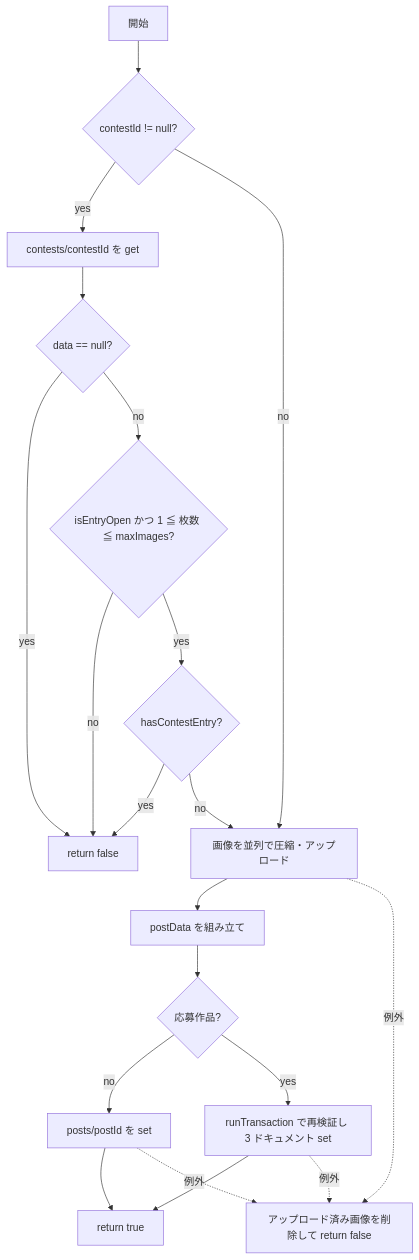
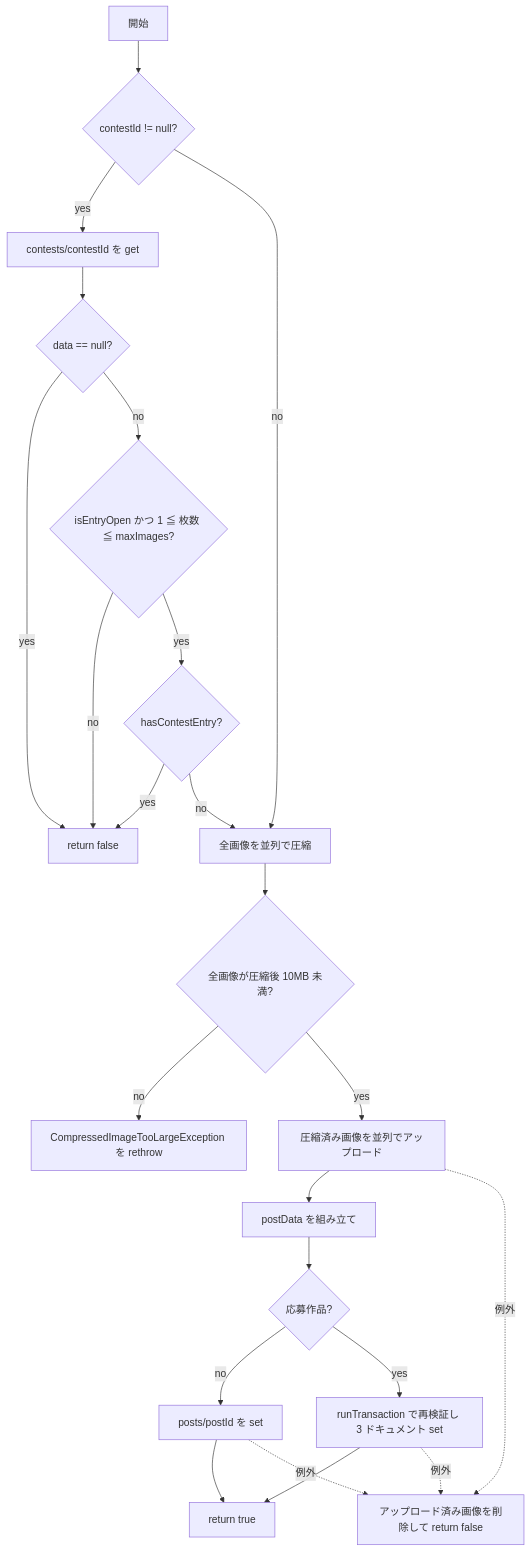
One commit to Yokochi513/afterglow_app changed the diagram in docs/design/detail/02_地図・投稿作成/post_repository.md. Above: the diagram before and after it, drawn with Mermaid. The commit also changed other lines of this file and 4 other files, not shown here.

````diff
--- a/docs/design/detail/02_地図・投稿作成/post_repository.md
+++ b/docs/design/detail/02_地図・投稿作成/post_repository.md
@@ -97,22 +97,25 @@
 ```mermaid
 flowchart TD
   A[開始] --> B{contestId != null?}
   B -- yes --> C[contests/contestId を get]
   C --> D{data == null?}
   D -- yes --> F[return false]
   D -- no --> E{isEntryOpen かつ 1 ≦ 枚数 ≦ maxImages?}
   E -- no --> F
   E -- yes --> G{hasContestEntry?}
   G -- yes --> F
-  G -- no --> H
-  B -- no --> H[画像を並列で圧縮・アップロード]
+  G -- no --> H0
+  B -- no --> H0[全画像を並列で圧縮]
+  H0 --> H1{全画像が圧縮後 10MB 未満?}
+  H1 -- no --> T[CompressedImageTooLargeException を rethrow]
+  H1 -- yes --> H[圧縮済み画像を並列でアップロード]
   H --> I[postData を組み立て]
   I --> J{応募作品?}
   J -- no --> K[posts/postId を set]
   J -- yes --> L[runTransaction で再検証し 3 ドキュメント set]
   K --> M[return true]
   L --> M
   H -. 例外 .-> X[アップロード済み画像を削除して return false]
   K -. 例外 .-> X
   L -. 例外 .-> X
 ```
````
